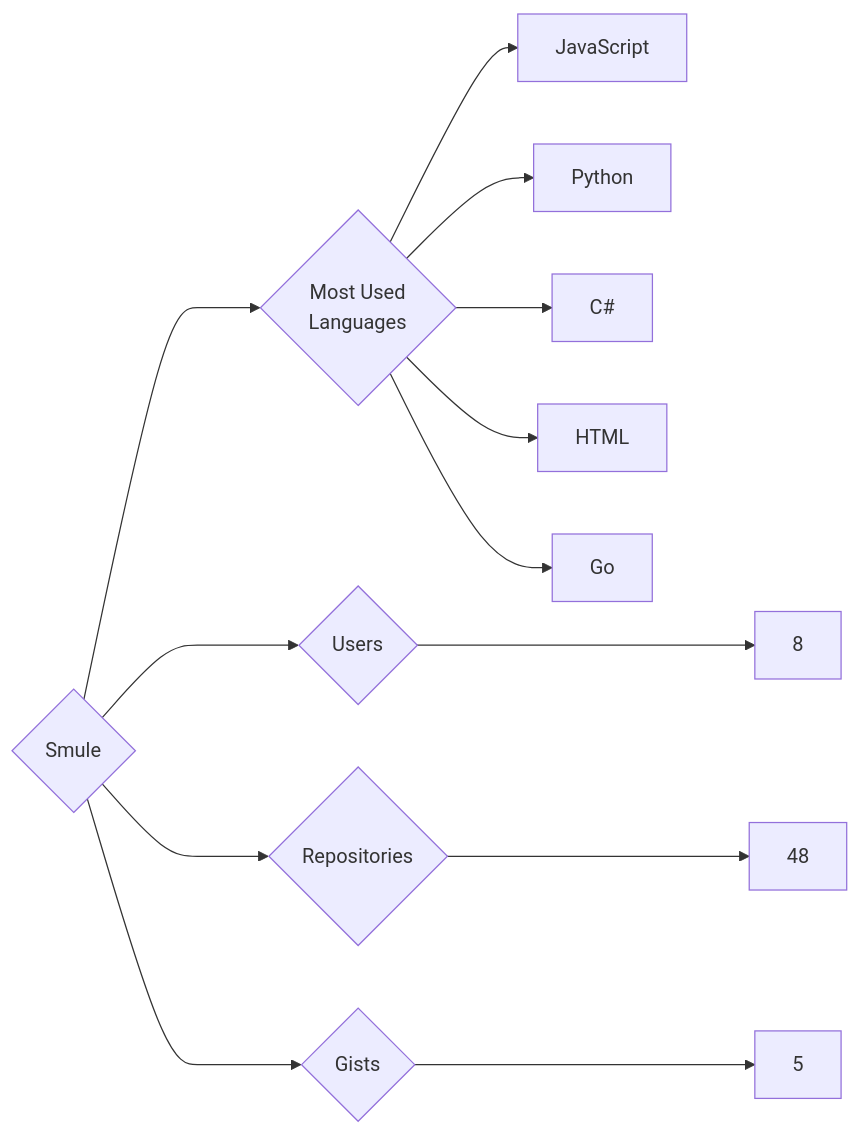
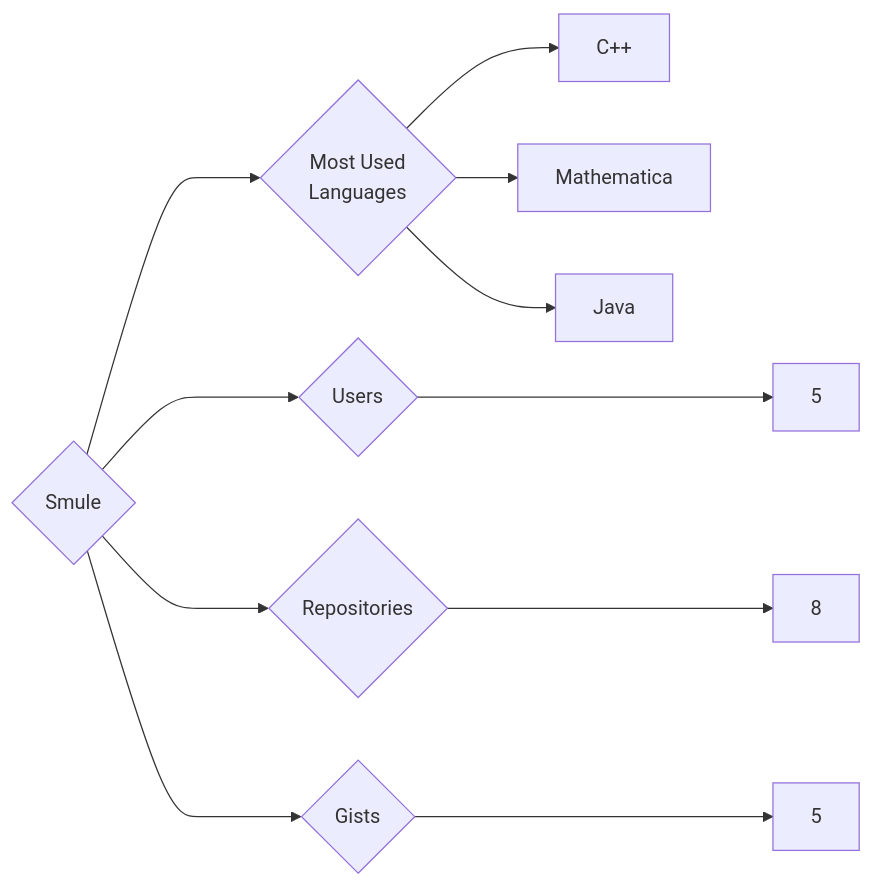
The diagram in targets/Smule/README.md (trickest/insiders), drawn with Mermaid before and after one commit. The commit also changed 1696 other files, not shown here.

````diff
--- a/targets/Smule/README.md
+++ b/targets/Smule/README.md
@@ -3,13 +3,11 @@
 ```mermaid
 graph LR
 COMPANY_NAME{Smule}
-COMPANY_NAME ---> U{Users} ---> UN[8]
-COMPANY_NAME ---> R{Repositories} ---> RN[48]
+COMPANY_NAME ---> U{Users} ---> UN[5]
+COMPANY_NAME ---> R{Repositories} ---> RN[8]
 COMPANY_NAME ---> G{Gists} ---> GN[5]
 COMPANY_NAME ---> ML{Most Used<br>Languages}
-ML --> JavaScript[JavaScript]
-ML --> Python[Python]
-ML --> C#[C#]
-ML --> HTML[HTML]
-ML --> Go[Go]
+ML --> C++[C++]
+ML --> Mathematica[Mathematica]
+ML --> Java[Java]
 ```
````
